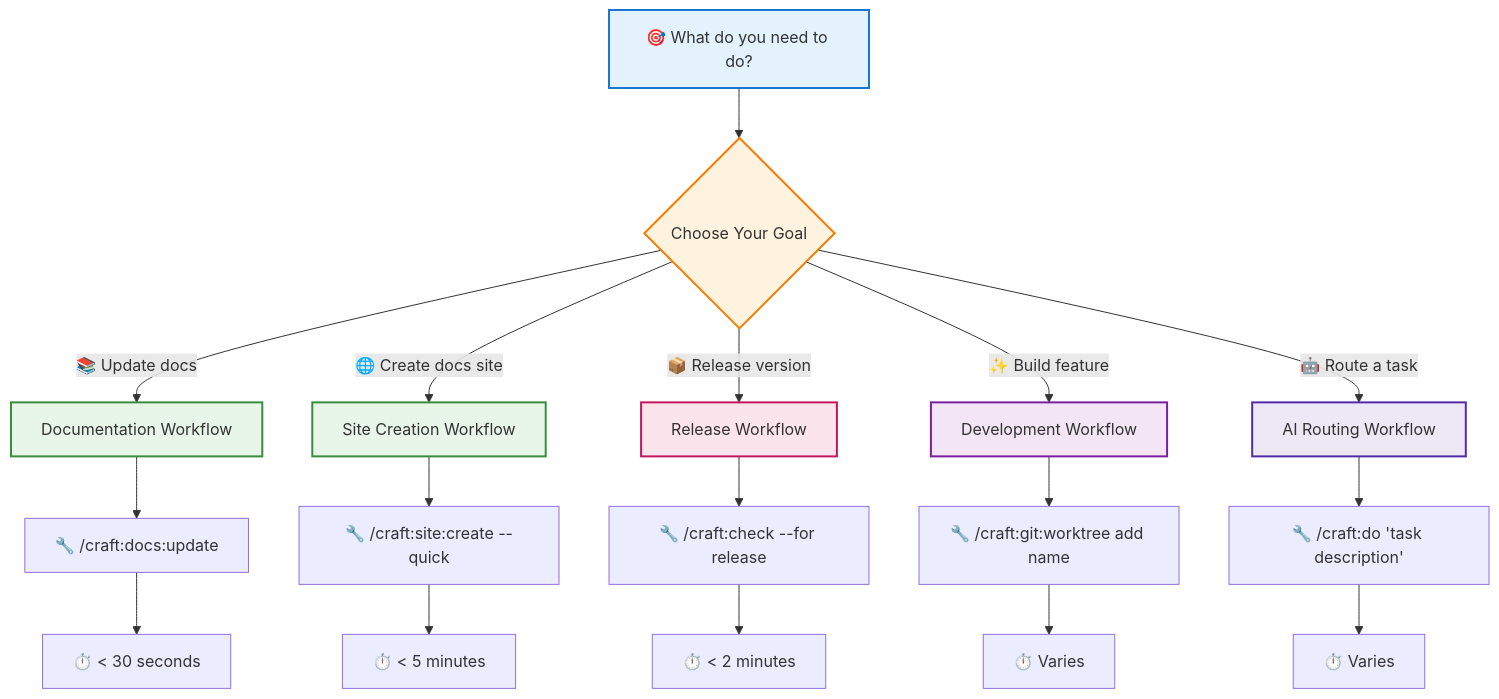
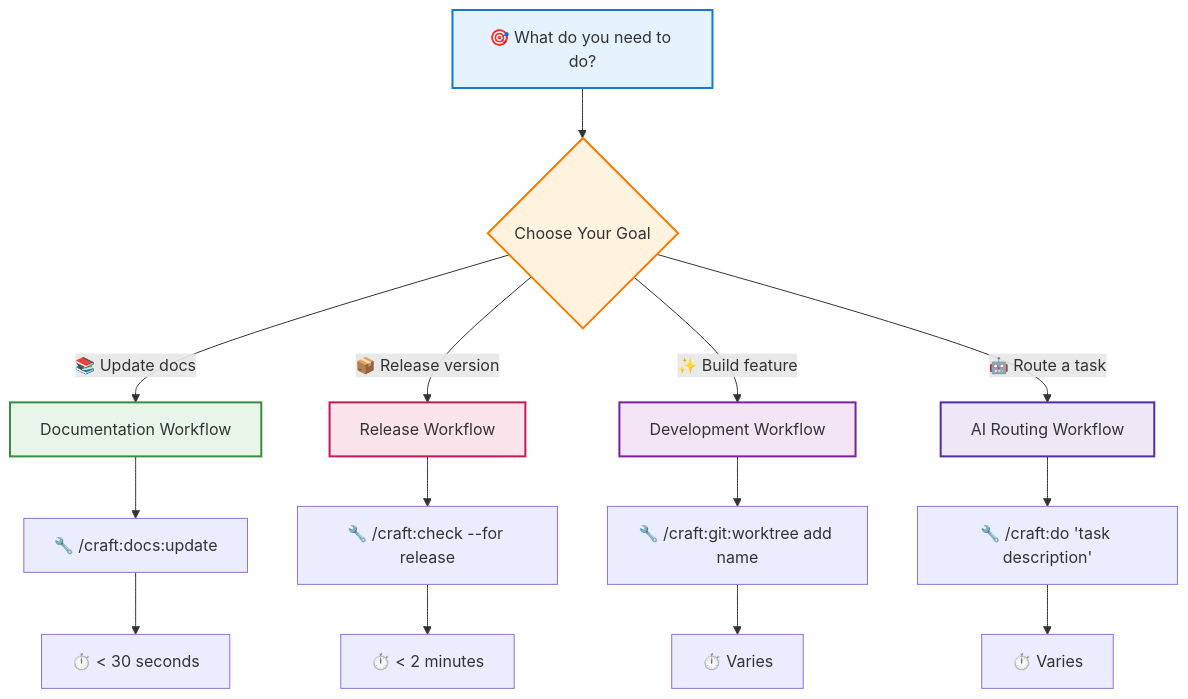
Before and after one commit to Data-Wise/craft: the first of 6 diagrams in docs/workflows/index.md, drawn with Mermaid. The commit also changed other lines of this file and 41 other files, not shown here.

````diff
--- a/docs/workflows/index.md
+++ b/docs/workflows/index.md
@@ -20,30 +20,26 @@
 ```mermaid
 graph TD
     Start["🎯 What do you need to do?"] --> Goal{Choose Your Goal}
 
     Goal -->|"📚 Update docs"| Docs["Documentation Workflow"]
-    Goal -->|"🌐 Create docs site"| Site["Site Creation Workflow"]
     Goal -->|"📦 Release version"| Release["Release Workflow"]
     Goal -->|"✨ Build feature"| Dev["Development Workflow"]
     Goal -->|"🤖 Route a task"| Route["AI Routing Workflow"]
 
     Docs --> DocsCmd["🔧 /craft:docs:update"]
-    Site --> SiteCmd["🔧 /craft:site:create --quick"]
     Release --> RelCmd["🔧 /craft:check --for release"]
     Dev --> DevCmd["🔧 /craft:git:worktree add name"]
     Route --> RouteCmd["🔧 /craft:do 'task description'"]
 
     DocsCmd --> DocsTime["⏱️ &lt; 30 seconds"]
-    SiteCmd --> SiteTime["⏱️ &lt; 5 minutes"]
     RelCmd --> RelTime["⏱️ &lt; 2 minutes"]
     DevCmd --> DevTime["⏱️ Varies"]
     RouteCmd --> RouteTime["⏱️ Varies"]
 
     style Start fill:#e3f2fd,stroke:#1976d2,stroke-width:2px
     style Goal fill:#fff3e0,stroke:#f57c00,stroke-width:2px
     style Docs fill:#e8f5e9,stroke:#388e3c,stroke-width:2px
-    style Site fill:#e8f5e9,stroke:#388e3c,stroke-width:2px
     style Release fill:#fce4ec,stroke:#c2185b,stroke-width:2px
     style Dev fill:#f3e5f5,stroke:#7b1fa2,stroke-width:2px
     style Route fill:#ede7f6,stroke:#512da8,stroke-width:2px
 ```
````
